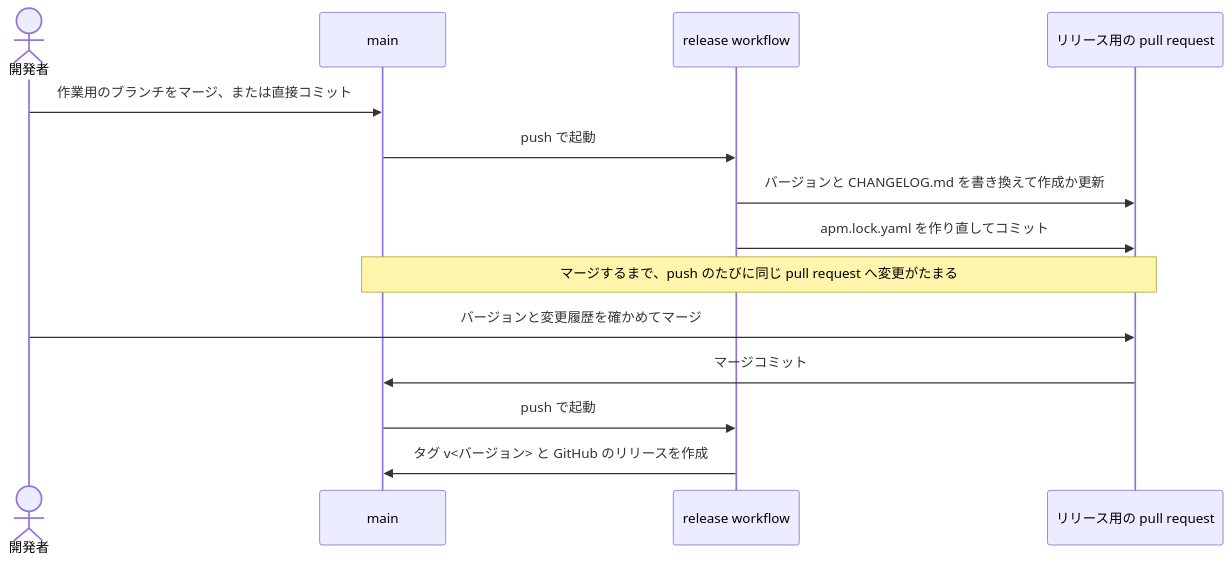
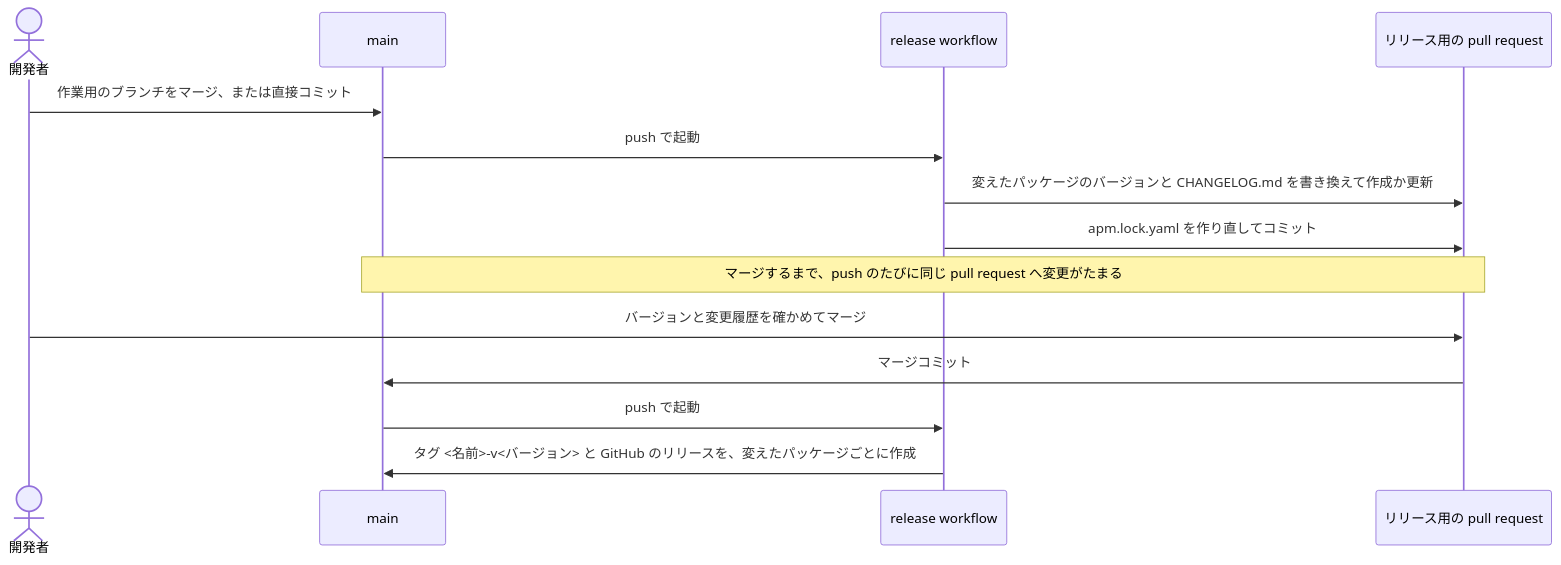
The second of 2 diagrams in CONTRIBUTING.md (Fukuemon/agent-harness), drawn with Mermaid before and after one commit. The commit also changed other lines of this file and 3 other files, not shown here.

````diff
--- a/CONTRIBUTING.md
+++ b/CONTRIBUTING.md
@@ -139,16 +140,16 @@
 ```mermaid
 sequenceDiagram
     actor Dev as 開発者
     participant Main as main
     participant WF as release workflow
     participant PR as リリース用の pull request
     Dev->>Main: 作業用のブランチをマージ、または直接コミット
     Main->>WF: push で起動
-    WF->>PR: バージョンと CHANGELOG.md を書き換えて作成か更新
+    WF->>PR: 変えたパッケージのバージョンと CHANGELOG.md を書き換えて作成か更新
     WF->>PR: apm.lock.yaml を作り直してコミット
     Note over Main,PR: マージするまで、push のたびに同じ pull request へ変更がたまる
     Dev->>PR: バージョンと変更履歴を確かめてマージ
     PR->>Main: マージコミット
     Main->>WF: push で起動
-    WF->>Main: タグ v<バージョン> と GitHub のリリースを作成
+    WF->>Main: タグ <名前>-v<バージョン> と GitHub のリリースを、変えたパッケージごとに作成
 ```
````
